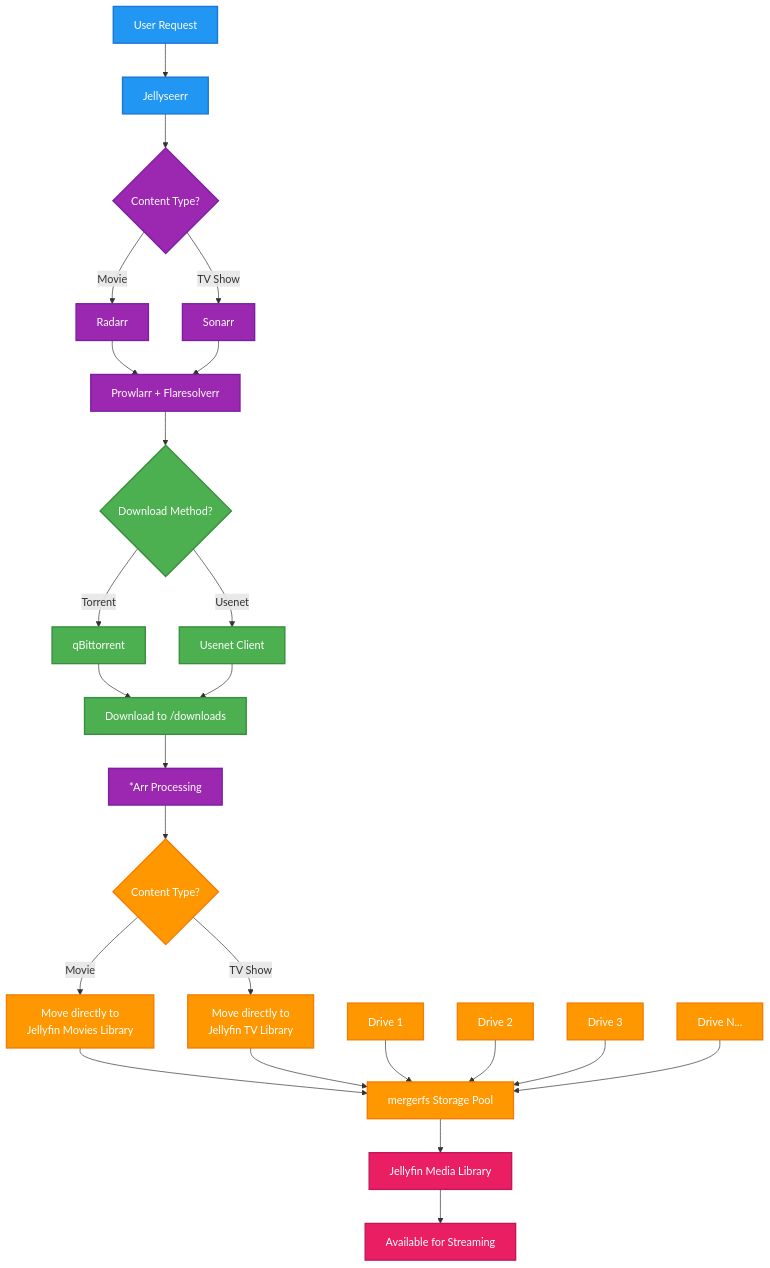
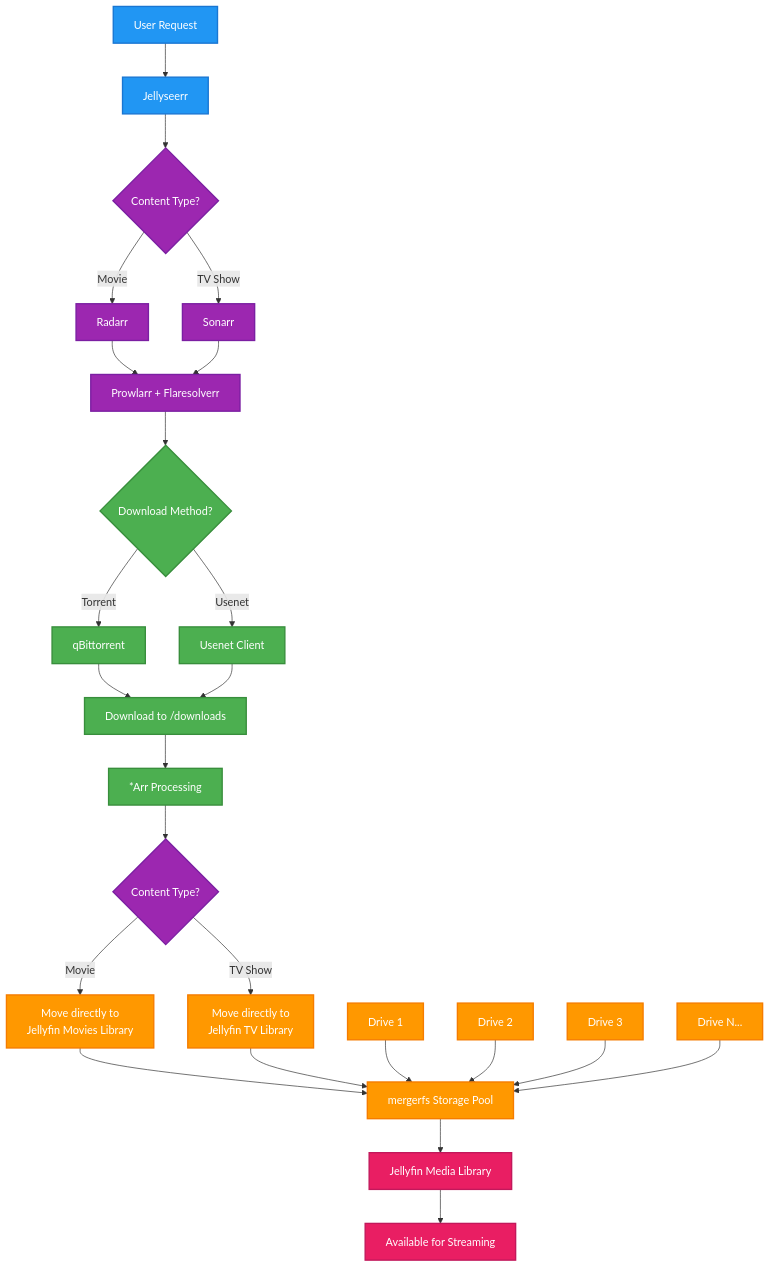
Before and after one commit to TrueBankai416/BankaiTechDocs: the diagram in docs/Examples/Arr Suite/Docs/01-Media Management Workflow.mdx, drawn with Mermaid.

Commit message:
Fix Mermaid diagram class assignments
- Move K (*Arr Processing) to downloadFlow class for better visual grouping
- Move L (Content Type?) to arrSuite class as it's a decision made by *Arr apps
- This provides better color coding that matches the logical flow

Mentat precommit script passed. Log: https://mentat.ai/gh/TrueBankai416/BankaiTechDocs/log/21cc7c93-aee2-4b0a-b98e-68d9d353af1a

````diff
--- a/docs/Examples/Arr Suite/Docs/01-Media Management Workflow.mdx
+++ b/docs/Examples/Arr Suite/Docs/01-Media Management Workflow.mdx
@@ -21,49 +21,49 @@
 ```mermaid
 flowchart TD
     A[User Request] --> B[Jellyseerr]
     B --> C{Content Type?}
     
     C -->|Movie| D[Radarr]
     C -->|TV Show| E[Sonarr]
     
     D --> F[Prowlarr + Flaresolverr]
     E --> F
     
     F --> G{Download Method?}
     G -->|Torrent| H[qBittorrent]
     G -->|Usenet| I[Usenet Client]
     
     H --> J[Download to /downloads]
     I --> J
     
     J --> K[*Arr Processing]
     K --> L{Content Type?}
     
     L -->|Movie| M[Move directly to<br/>Jellyfin Movies Library]
     L -->|TV Show| N[Move directly to<br/>Jellyfin TV Library]
     
     M --> O[mergerfs Storage Pool]
     N --> O
     
     O --> P[Jellyfin Media Library]
     P --> Q[Available for Streaming]
     
     %% Storage representation
     R[Drive 1] --> O
     S[Drive 2] --> O
     T[Drive 3] --> O
     U[Drive N...] --> O
     
     %% Styling with better contrast
     classDef requestFlow fill:#2196F3,stroke:#1976D2,stroke-width:2px,color:#fff
     classDef arrSuite fill:#9C27B0,stroke:#7B1FA2,stroke-width:2px,color:#fff
     classDef downloadFlow fill:#4CAF50,stroke:#388E3C,stroke-width:2px,color:#fff
     classDef storageFlow fill:#FF9800,stroke:#F57C00,stroke-width:2px,color:#fff
     classDef finalFlow fill:#E91E63,stroke:#C2185B,stroke-width:2px,color:#fff
     
     class A,B requestFlow
-    class C,D,E,F,K arrSuite
-    class G,H,I,J downloadFlow
-    class L,M,N,O,R,S,T,U storageFlow
+    class C,D,E,F,L arrSuite
+    class G,H,I,J,K downloadFlow
+    class M,N,O,R,S,T,U storageFlow
     class P,Q finalFlow
 ```
````
